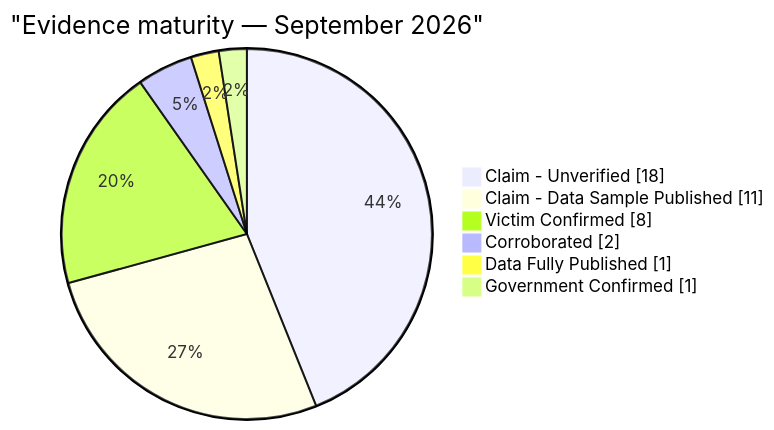
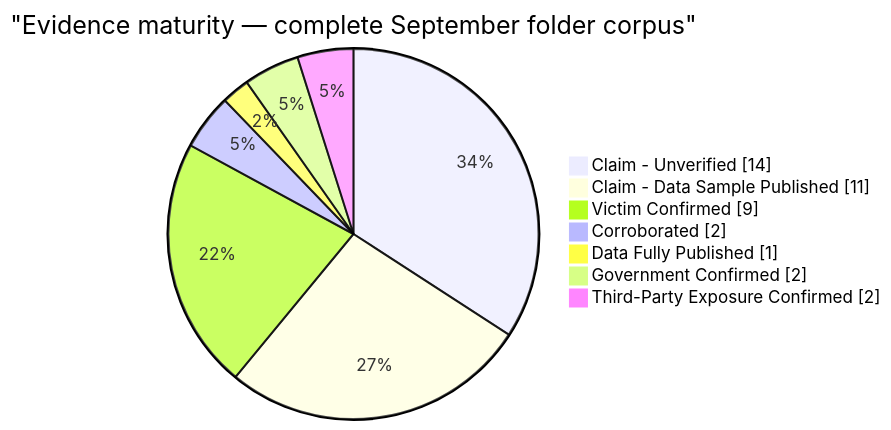
One commit to Hatchepsoute/AFRINTEL changed the eighth of 10 diagrams in CyberAttackAfrica/2026/09-september/README.md. Above: the diagram before and after it, drawn with Mermaid. The commit also changed other lines of this file and 30 other files, not shown here.

````diff
--- a/CyberAttackAfrica/2026/09-september/README.md
+++ b/CyberAttackAfrica/2026/09-september/README.md
@@ -172,10 +225,11 @@
 ```mermaid
 pie showData
-    title "Evidence maturity — September 2026"
-    "Claim - Unverified" : 18
+    title "Evidence maturity — complete September folder corpus"
+    "Claim - Unverified" : 14
     "Claim - Data Sample Published" : 11
-    "Victim Confirmed" : 8
+    "Victim Confirmed" : 9
     "Corroborated" : 2
     "Data Fully Published" : 1
-    "Government Confirmed" : 1
+    "Government Confirmed" : 2
+    "Third-Party Exposure Confirmed" : 2
 ```
````
